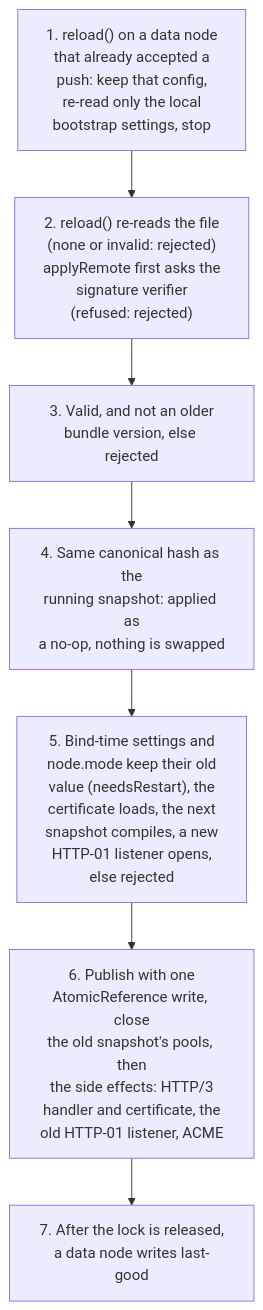
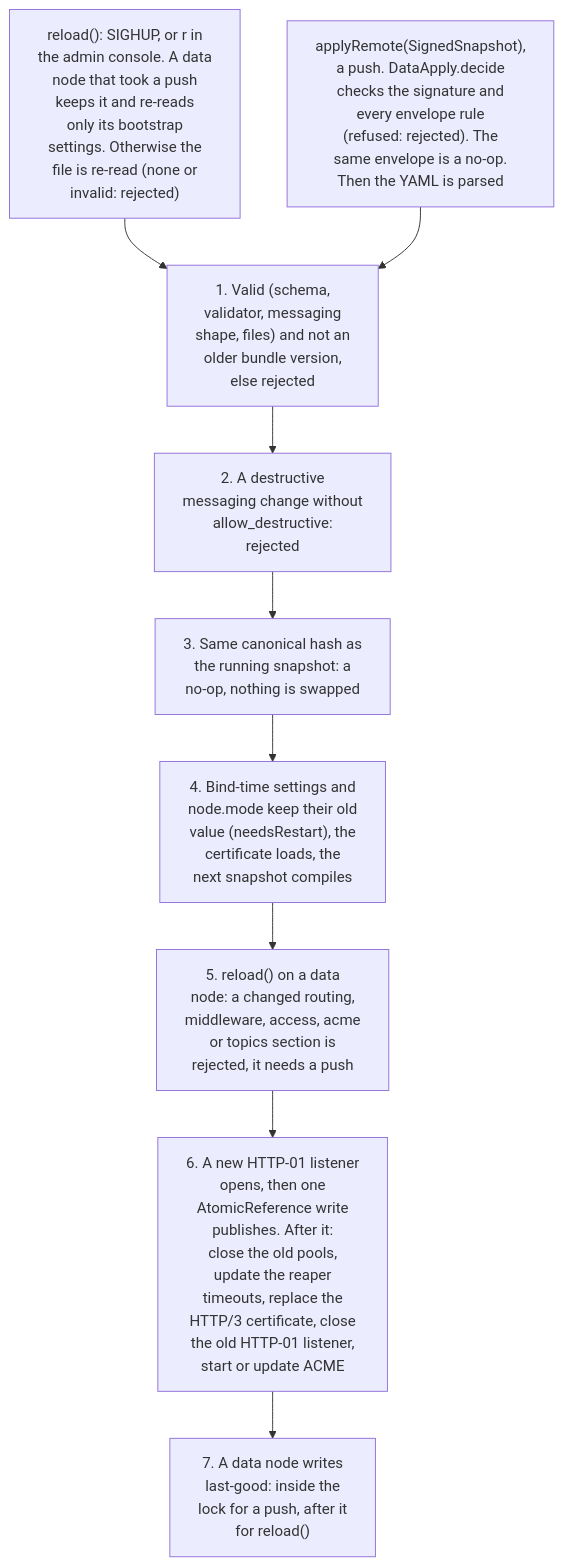
Before and after one commit to BlivionIaG/sjws_nettask: the second of 3 diagrams in docs/user/config-file.md, drawn with Mermaid. The commit also changed other lines of this file and 4 other files, not shown here.

First line of the commit message:
docs: reload, startup, daemon and console diagrams follow the code

````diff
--- a/docs/user/config-file.md
+++ b/docs/user/config-file.md
@@ -224,10 +223,14 @@
 ```mermaid
 flowchart TD
-    s1["1. reload() on a data node<br/>that already accepted a<br/>push: keep that config,<br/>re-read only the local<br/>bootstrap settings, stop"]
-    s1 --> s2["2. reload() re-reads the file<br/>(none or invalid: rejected)<br/>applyRemote first asks the<br/>signature verifier<br/>(refused: rejected)"]
-    s2 --> s3["3. Valid, and not an older<br/>bundle version, else rejected"]
-    s3 --> s4["4. Same canonical hash as the<br/>running snapshot: applied as<br/>a no-op, nothing is swapped"]
-    s4 --> s5["5. Bind-time settings and<br/>node.mode keep their old<br/>value (needsRestart), the<br/>certificate loads, the next<br/>snapshot compiles, a new<br/>HTTP-01 listener opens,<br/>else rejected"]
-    s5 --> s6["6. Publish with one<br/>AtomicReference write, close<br/>the old snapshot's pools, then<br/>the side effects: HTTP/3<br/>handler and certificate, the<br/>old HTTP-01 listener, ACME"]
-    s6 --> s7["7. After the lock is released,<br/>a data node writes last-good"]
+    r["reload(): SIGHUP, or r in<br/>the admin console. A data<br/>node that took a push<br/>keeps it and re-reads<br/>only its bootstrap<br/>settings. Otherwise the<br/>file is re-read (none or<br/>invalid: rejected)"]
+    p["applyRemote(SignedSnapshot),<br/>a push. DataApply.decide<br/>checks the signature and<br/>every envelope rule<br/>(refused: rejected). The<br/>same envelope is a no-op.<br/>Then the YAML is parsed"]
+    r --> s1
+    p --> s1
+    s1["1. Valid (schema,<br/>validator, messaging<br/>shape, files) and not an<br/>older bundle version,<br/>else rejected"]
+    s1 --> s2["2. A destructive<br/>messaging change without<br/>allow_destructive:<br/>rejected"]
+    s2 --> s3["3. Same canonical hash as<br/>the running snapshot: a<br/>no-op, nothing is swapped"]
+    s3 --> s4["4. Bind-time settings and<br/>node.mode keep their old<br/>value (needsRestart), the<br/>certificate loads, the<br/>next snapshot compiles"]
+    s4 --> s5["5. reload() on a data<br/>node: a changed routing,<br/>middleware, access, acme<br/>or topics section is<br/>rejected, it needs a push"]
+    s5 --> s6["6. A new HTTP-01 listener<br/>opens, then one<br/>AtomicReference write<br/>publishes. After it:<br/>close the old pools,<br/>update the reaper<br/>timeouts, replace the<br/>HTTP/3 certificate, close<br/>the old HTTP-01 listener,<br/>start or update ACME"]
+    s6 --> s7["7. A data node writes<br/>last-good: inside the<br/>lock for a push, after it<br/>for reload()"]
 ```
````
